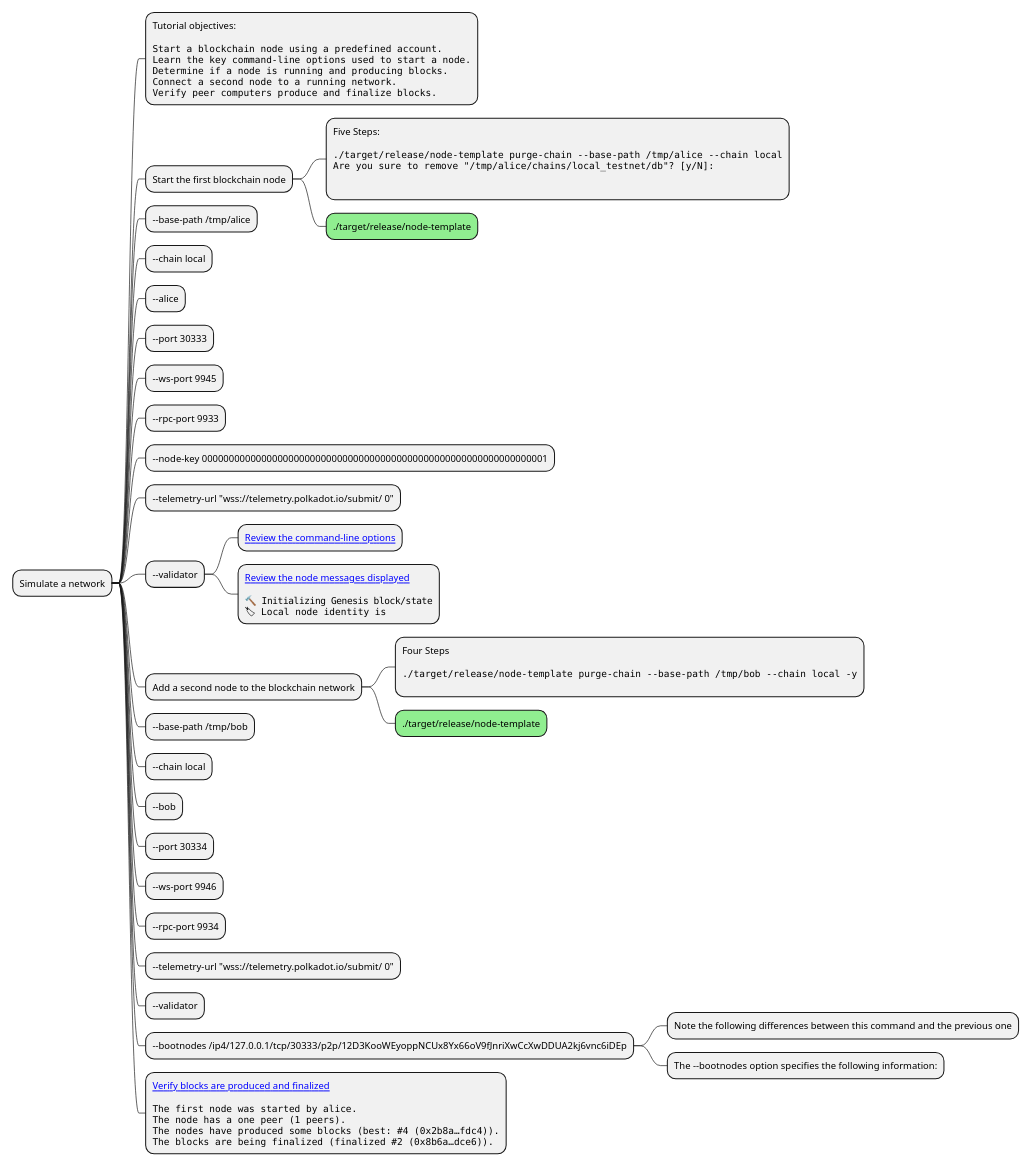
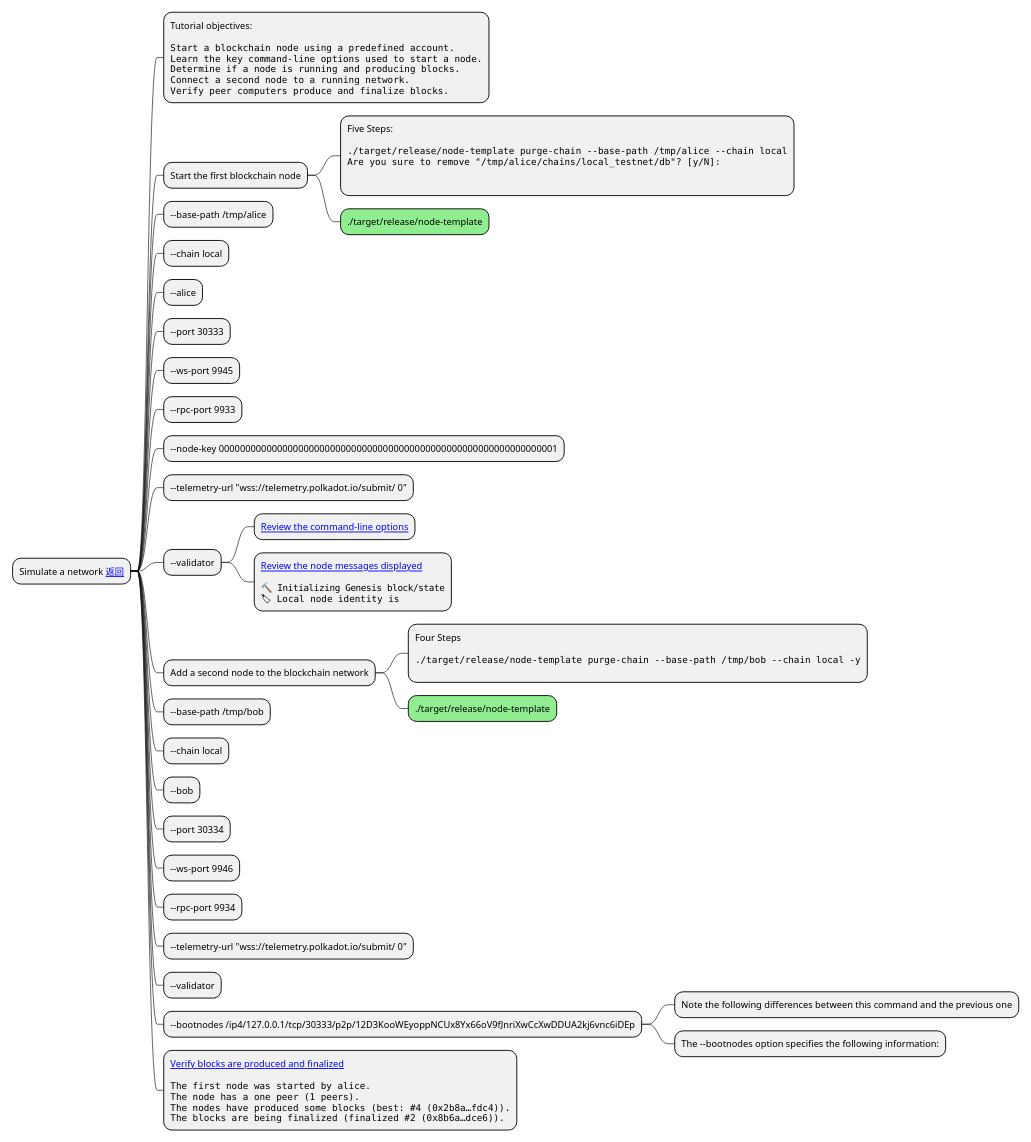
One commit to KuanHsiaoKuo/programming_anatomy_in_rust changed the diagram in materials/plantumls/substrate_tutorials/get-started/simulate-a-network.puml. Above: the diagram before and after it, drawn with PlantUML. The commit also changed 8 other files, not shown here.

Commit message:
给substrate-tutorials.md添加思维导图间的跳转关系

```diff
--- a/materials/plantumls/substrate_tutorials/get-started/simulate-a-network.puml
+++ b/materials/plantumls/substrate_tutorials/get-started/simulate-a-network.puml
@@ -1,66 +1,66 @@
 @startmindmap
 scale 850 width
-* Simulate a network
+* Simulate a network [[#总览 返回]]
 **:Tutorial objectives:
 <code>
 
 Start a blockchain node using a predefined account.
 Learn the key command-line options used to start a node.
 Determine if a node is running and producing blocks.
 Connect a second node to a running network.
 Verify peer computers produce and finalize blocks.
 </code>;
 ** Start the first blockchain node
 ***:Five Steps:
 <code>
 
 ./target/release/node-template purge-chain --base-path /tmp/alice --chain local
 Are you sure to remove "/tmp/alice/chains/local_testnet/db"? [y/N]:
 
 
 </code>;
 ***[#lightgreen] ./target/release/node-template
 ** --base-path /tmp/alice
 ** --chain local
 ** --alice
 ** --port 30333
 ** --ws-port 9945
 ** --rpc-port 9933
 ** --node-key 0000000000000000000000000000000000000000000000000000000000000001
 ** --telemetry-url "wss://telemetry.polkadot.io/submit/ 0"
 ** --validator
 *** [[https://docs.substrate.io/tutorials/get-started/simulate-network/#review-the-command-line-options{点击查看} Review the command-line options]]
 ***:[[https://docs.substrate.io/tutorials/get-started/simulate-network/#review-the-node-messages-displayed{点击查看} Review the node messages displayed]]
 <code>
 
 🔨 Initializing Genesis block/state
 🏷 Local node identity is
 </code>;
 ** Add a second node to the blockchain network
 ***:Four Steps
 <code>
 
 ./target/release/node-template purge-chain --base-path /tmp/bob --chain local -y
 
 </code>;
 ***[#lightgreen] ./target/release/node-template
 ** --base-path /tmp/bob
 ** --chain local
 ** --bob
 ** --port 30334
 ** --ws-port 9946
 ** --rpc-port 9934
 ** --telemetry-url "wss://telemetry.polkadot.io/submit/ 0"
 ** --validator
 ** --bootnodes /ip4/127.0.0.1/tcp/30333/p2p/12D3KooWEyoppNCUx8Yx66oV9fJnriXwCcXwDDUA2kj6vnc6iDEp
 *** Note the following differences between this command and the previous one
 *** The --bootnodes option specifies the following information:
 **:[[https://docs.substrate.io/tutorials/get-started/simulate-network/#verify-blocks-are-produced-and-finalized Verify blocks are produced and finalized]]
 <code>
 
 The first node was started by alice.
 The node has a one peer (1 peers).
 The nodes have produced some blocks (best: #4 (0x2b8a…fdc4)).
 The blocks are being finalized (finalized #2 (0x8b6a…dce6)).
 </code>;
 @endmindmap
```
